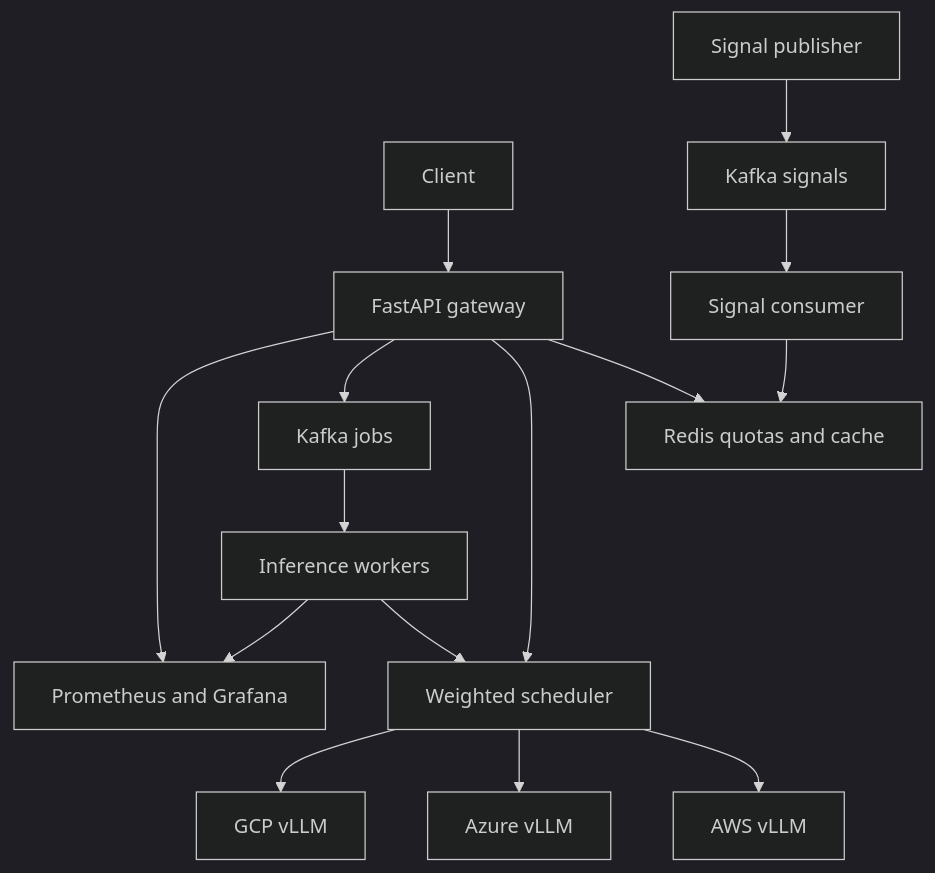
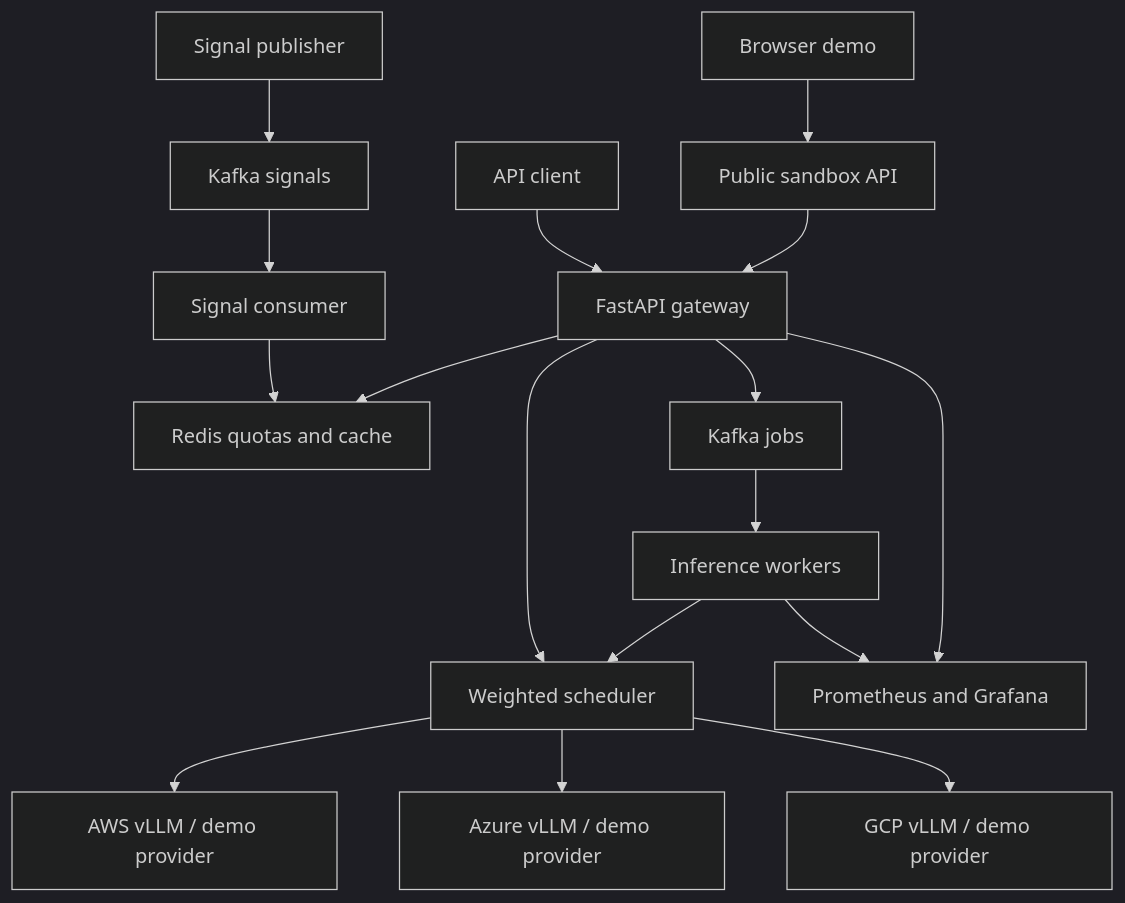
The diagram in README.md (Rishav4477/cost-aware-inference), drawn with Mermaid (dark theme) before and after one commit. The commit also changed other lines of this file and 10 other files, not shown here.

First line of the commit message:
Add public demo UI and hosted sandbox

````diff
--- a/README.md
+++ b/README.md
@@ -67,17 +104,19 @@
 ```mermaid
 flowchart TD
-    C[Client] --> G[FastAPI gateway]
+    B[Browser demo] --> P[Public sandbox API]
+    C[API client] --> G[FastAPI gateway]
+    P --> G
     G --> R[Redis quotas and cache]
     G --> S[Weighted scheduler]
-    S --> A[AWS vLLM]
-    S --> Z[Azure vLLM]
-    S --> P[GCP vLLM]
+    S --> A[AWS vLLM / demo provider]
+    S --> Z[Azure vLLM / demo provider]
+    S --> X[GCP vLLM / demo provider]
     G --> K[Kafka jobs]
     K --> W[Inference workers]
     W --> S
     T[Signal publisher] --> E[Kafka signals]
     E --> U[Signal consumer]
     U --> R
     G --> M[Prometheus and Grafana]
     W --> M
 ```
````
